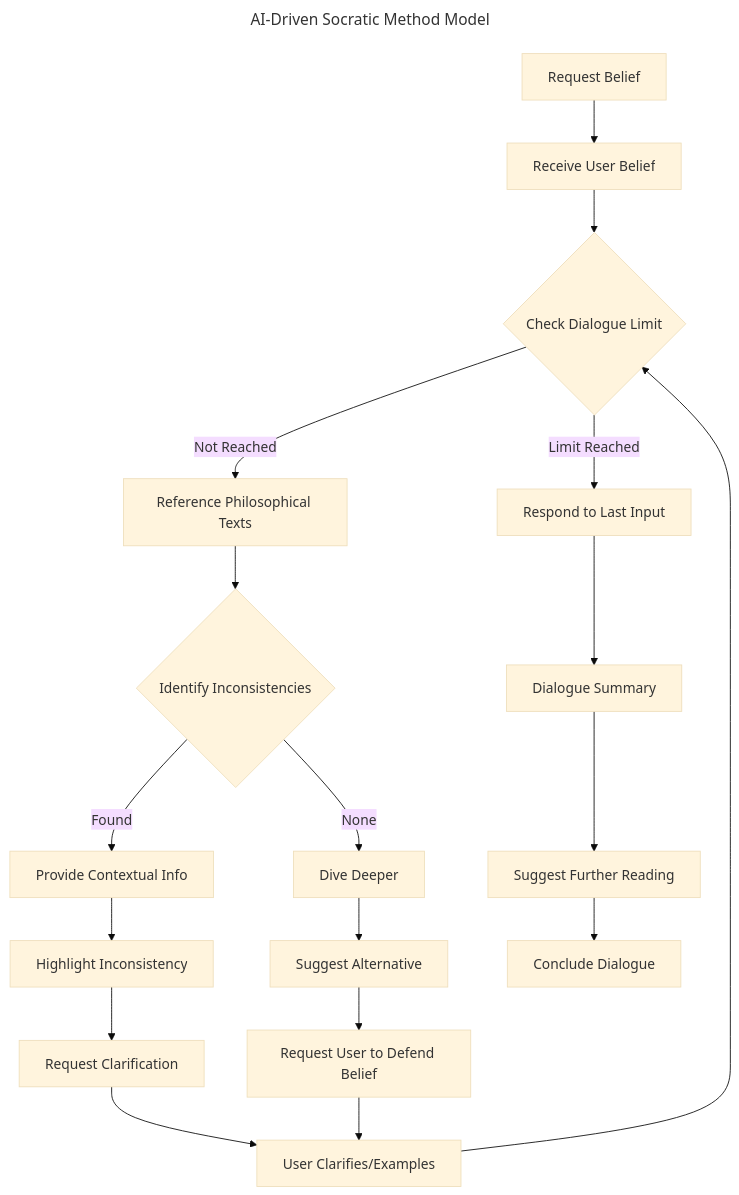
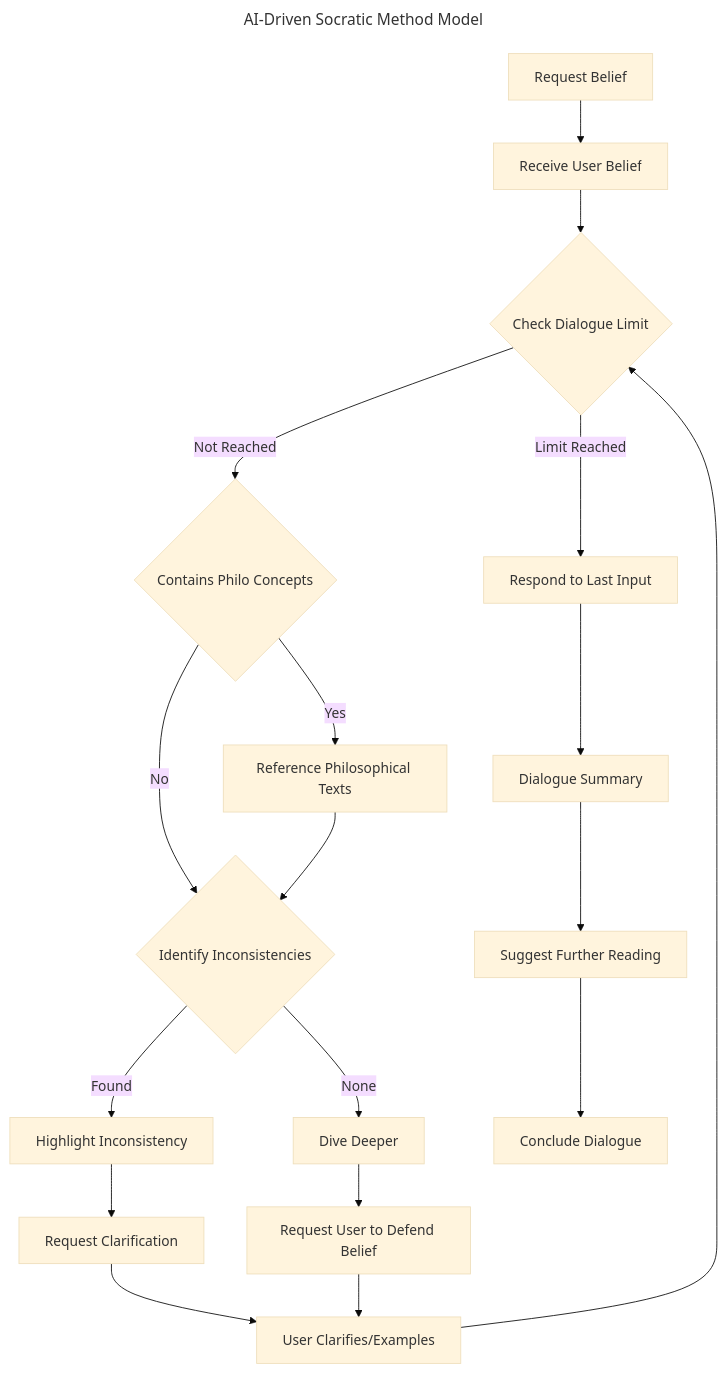
One commit to rixmape/eidos changed the diagram in README.md. Above: the diagram before and after it, drawn with Mermaid (base theme).

Commit message:
Update Mermaid flowchart

````diff
--- a/README.md
+++ b/README.md
@@ -23,27 +23,31 @@
 ```mermaid
 ---
 title: AI-Driven Socratic Method Model
 ---
 flowchart TD
-  A[Request Belief] --> B[Receive User Belief]
-  B --> C{Check Dialogue Limit}
+   A[Request Belief] --> B[Receive User Belief]
+   B --> C{Check Dialogue Limit}
 
-  C -- Not Reached --> D[Reference Philosophical Texts]
-  D --> E{Identify Inconsistencies}
+   C -- Not Reached --> D{Contains Philo Concepts}
 
-  E -- Found --> F[Provide Contextual Info]
-  F --> G[Highlight Inconsistency]
-  G --> H[Request Clarification]
-  H --> I[User Clarifies/Examples]
-  I --> C
+   D -- Yes --> E
+   E[Reference Philosophical Texts]
 
-  E -- None --> J[Dive Deeper]
-  J --> K[Suggest Alternative]
-  K --> L[Request User to Defend Belief]
-  L --> I
+   D -- No --> F
 
-  C -- Limit Reached --> M[Respond to Last Input]
-  M --> N[Dialogue Summary]
-  N --> O[Suggest Further Reading]
-  O --> P[Conclude Dialogue]
+   E --> F{Identify Inconsistencies}
+
+   F -- Found --> G[Highlight Inconsistency]
+   G --> H[Request Clarification]
+   H --> I[User Clarifies/Examples]
+   I --> C
+
+   F -- None --> J[Dive Deeper]
+   J --> K[Request User to Defend Belief]
+   K --> I
+
+   C -- Limit Reached --> L[Respond to Last Input]
+   L --> M[Dialogue Summary]
+   M --> N[Suggest Further Reading]
+   N --> O[Conclude Dialogue]
 ```
````
